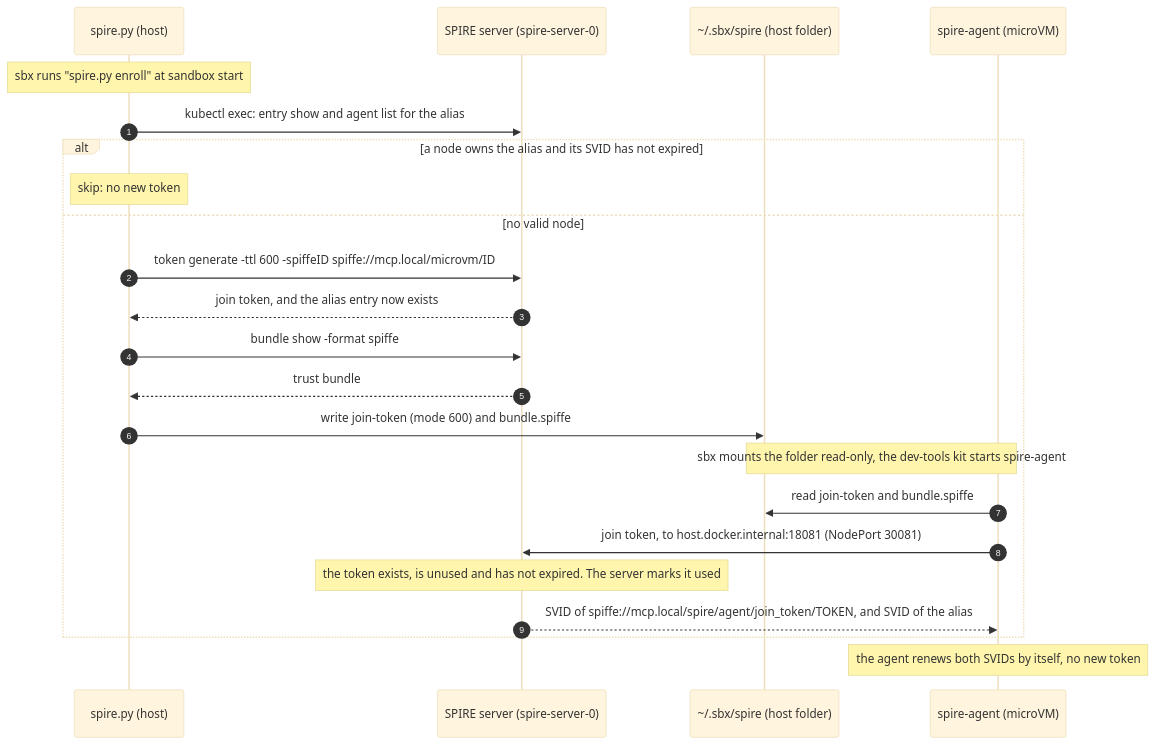
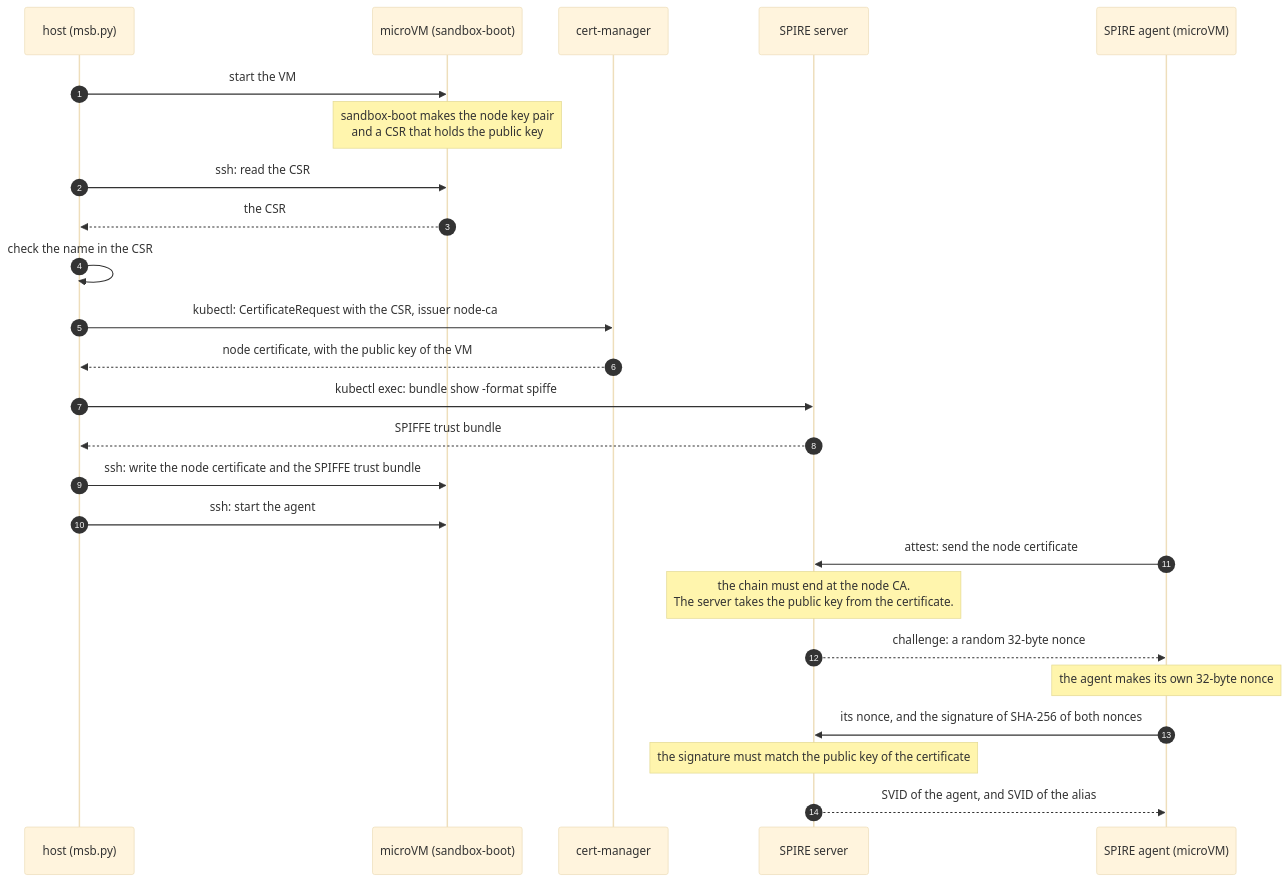
Before and after one commit to raghav19/engineersdaybook: the second of 3 diagrams in code/mcp-sandbox/part-3-mcp-guardrails/docs/zero-trust-node-attestation.md, drawn with Mermaid (base theme). The commit also changed other lines of this file and 8 other files, not shown here.

````diff
--- a/code/mcp-sandbox/part-3-mcp-guardrails/docs/zero-trust-node-attestation.md
+++ b/code/mcp-sandbox/part-3-mcp-guardrails/docs/zero-trust-node-attestation.md
@@ -29,26 +79,28 @@
 ```mermaid
 sequenceDiagram
     autonumber
-    participant H as spire.py (host)
-    participant S as SPIRE server (spire-server-0)
-    participant F as ~/.sbx/spire (host folder)
-    participant A as spire-agent (microVM)
+    participant H as host (msb.py)
+    participant M as microVM (sandbox-boot)
+    participant K as cert-manager
+    participant S as SPIRE server
+    participant A as SPIRE agent (microVM)
 
-    Note over H: sbx runs "spire.py enroll" at sandbox start
-    H->>S: kubectl exec: entry show and agent list for the alias
-    alt a node owns the alias and its SVID has not expired
-        Note over H: skip: no new token
-    else no valid node
-        H->>S: token generate -ttl 600 -spiffeID spiffe://mcp.local/microvm/ID
-        S-->>H: join token, and the alias entry now exists
-        H->>S: bundle show -format spiffe
-        S-->>H: trust bundle
-        H->>F: write join-token (mode 600) and bundle.spiffe
-        Note over F,A: sbx mounts the folder read-only, the dev-tools kit starts spire-agent
-        A->>F: read join-token and bundle.spiffe
-        A->>S: join token, to host.docker.internal:18081 (NodePort 30081)
-        Note over S: the token exists, is unused and has not expired. The server marks it used
-        S-->>A: SVID of spiffe://mcp.local/spire/agent/join_token/TOKEN, and SVID of the alias
-    end
-    Note over A: the agent renews both SVIDs by itself, no new token
+    H->>M: start the VM
+    Note over M: sandbox-boot makes the node key pair<br/>and a CSR that holds the public key
+    H->>M: ssh: read the CSR
+    M-->>H: the CSR
+    H->>H: check the name in the CSR
+    H->>K: kubectl: CertificateRequest with the CSR, issuer node-ca
+    K-->>H: node certificate, with the public key of the VM
+    H->>S: kubectl exec: bundle show -format spiffe
+    S-->>H: SPIFFE trust bundle
+    H->>M: ssh: write the node certificate and the SPIFFE trust bundle
+    H->>M: ssh: start the agent
+    A->>S: attest: send the node certificate
+    Note over S: the chain must end at the node CA.<br/>The server takes the public key from the certificate.
+    S-->>A: challenge: a random 32-byte nonce
+    Note over A: the agent makes its own 32-byte nonce
+    A->>S: its nonce, and the signature of SHA-256 of both nonces
+    Note over S: the signature must match the public key of the certificate
+    S-->>A: SVID of the agent, and SVID of the alias
 ```
````
